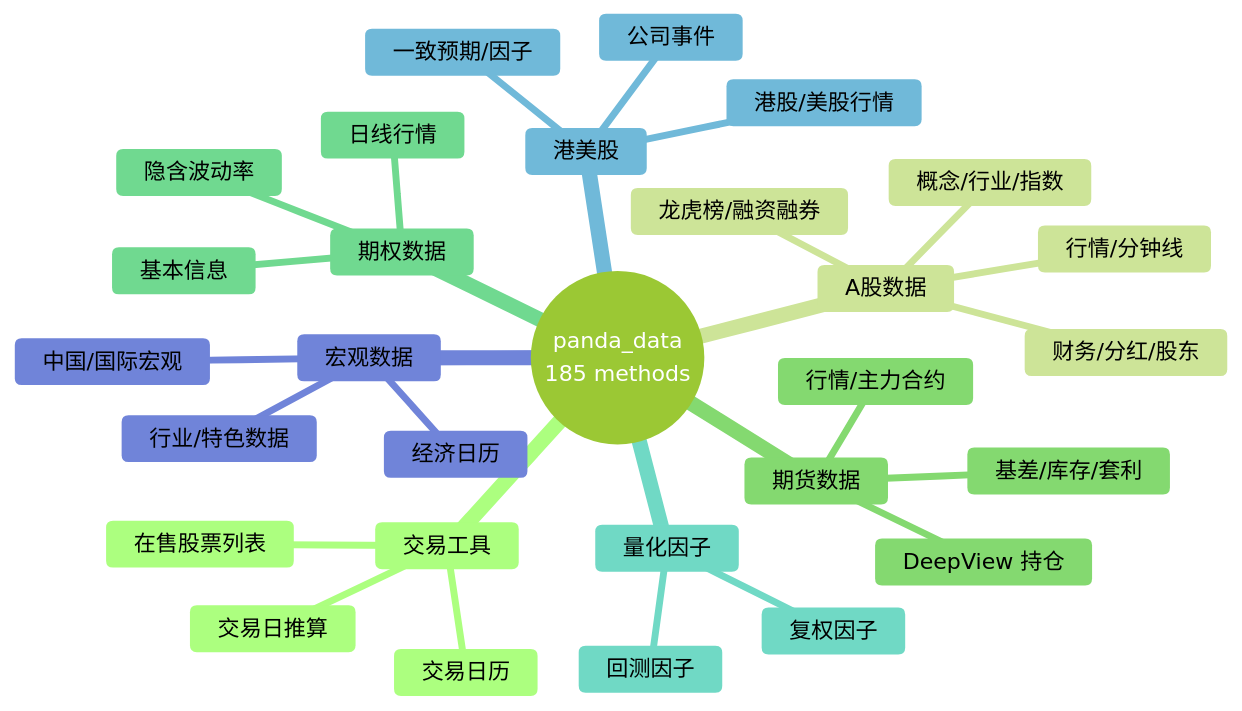
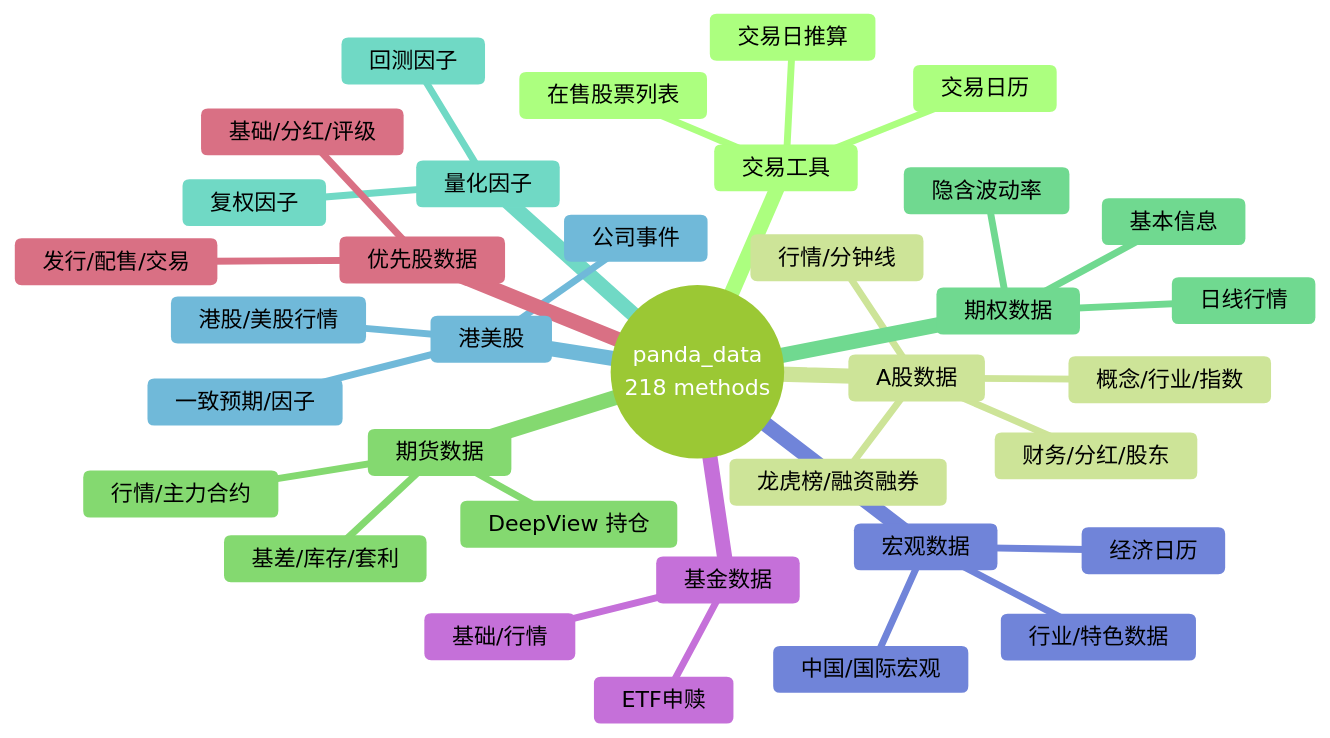
One commit to quantskills/skill-pandadata-api changed the first of 2 diagrams in README.md. Above: the diagram before and after it, drawn with Mermaid (forest theme). The commit also changed other lines of this file and 10 other files, not shown here.

````diff
--- a/README.md
+++ b/README.md
@@ -35,32 +35,38 @@
 ```mermaid
 mindmap
-  root((panda_data<br/>185 methods))
+  root((panda_data<br/>218 methods))
     交易工具
       交易日历
       交易日推算
       在售股票列表
     A股数据
       行情/分钟线
       概念/行业/指数
       龙虎榜/融资融券
       财务/分红/股东
     期货数据
       行情/主力合约
       DeepView 持仓
       基差/库存/套利
     期权数据
       基本信息
       日线行情
       隐含波动率
     量化因子
       回测因子
       复权因子
     港美股
       港股/美股行情
       公司事件
       一致预期/因子
     宏观数据
       中国/国际宏观
       行业/特色数据
       经济日历
+    基金数据
+      基础/行情
+      ETF申赎
+    优先股数据
+      基础/分红/评级
+      发行/配售/交易
 ```
````
